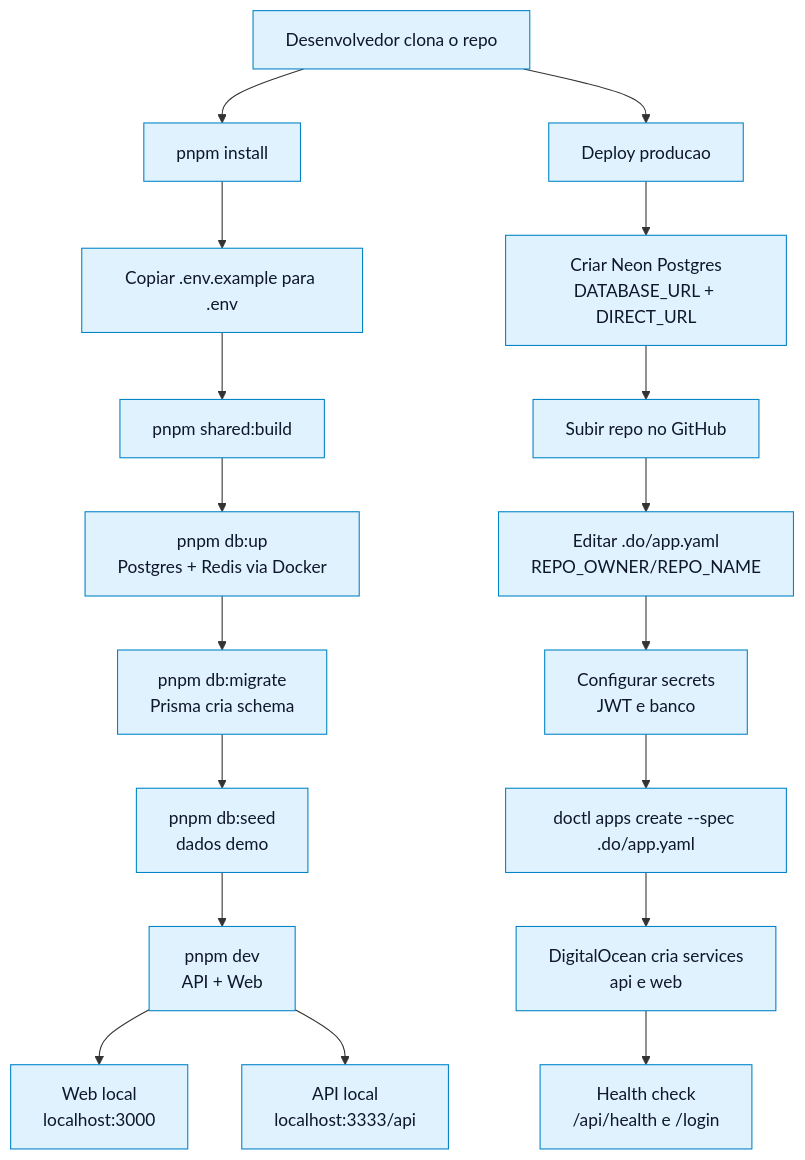
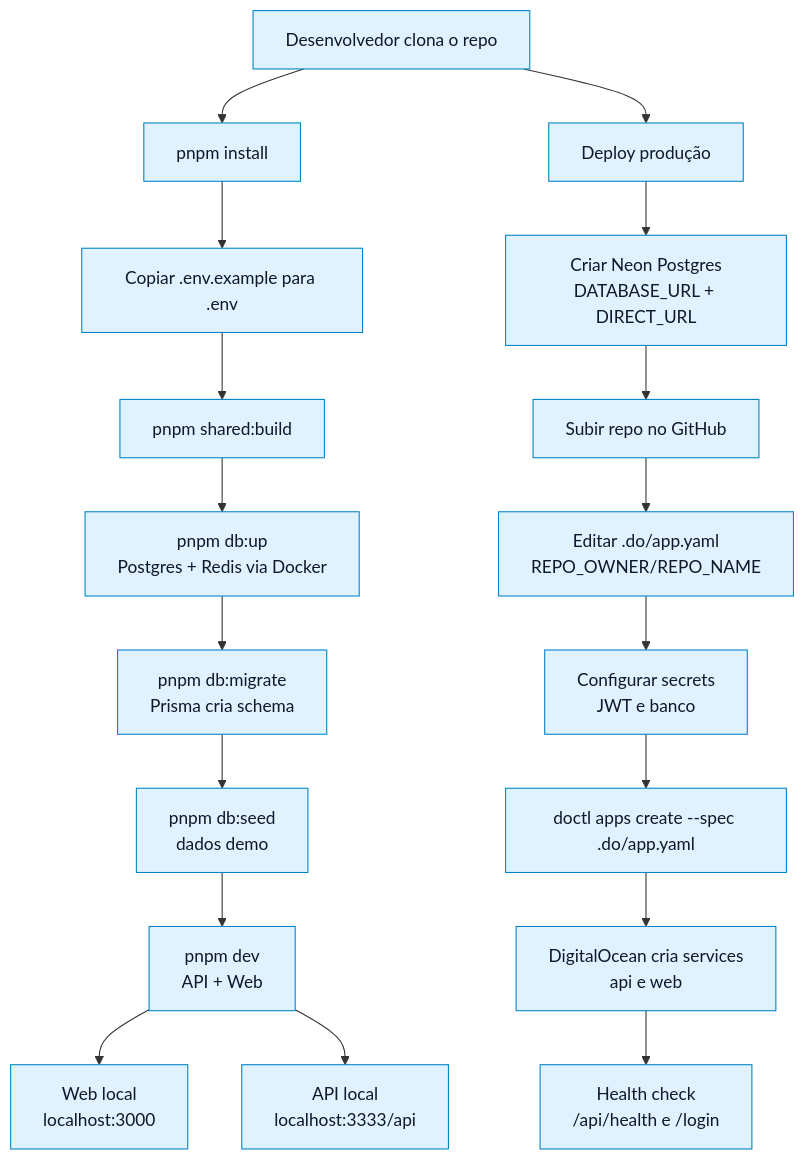
One commit to aldemirfidelis/gestao-360-indicadores changed diagram 12 of 12 in docs/fluxograma-completo.md. Above: the diagram before and after it, drawn with Mermaid. The commit also changed other lines of this file and 73 other files, not shown here.

````diff
--- a/docs/fluxograma-completo.md
+++ b/docs/fluxograma-completo.md
@@ -553,24 +553,24 @@
 ```mermaid
 flowchart TD
   A["Desenvolvedor clona o repo"] --> B["pnpm install"]
   B --> C["Copiar .env.example para .env"]
   C --> D["pnpm shared:build"]
   D --> E["pnpm db:up<br/>Postgres + Redis via Docker"]
   E --> F["pnpm db:migrate<br/>Prisma cria schema"]
   F --> G["pnpm db:seed<br/>dados demo"]
   G --> H["pnpm dev<br/>API + Web"]
   H --> I["Web local<br/>localhost:3000"]
   H --> J["API local<br/>localhost:3333/api"]
-  A --> K["Deploy producao"]
+  A --> K["Deploy produção"]
   K --> L["Criar Neon Postgres<br/>DATABASE_URL + DIRECT_URL"]
   L --> M["Subir repo no GitHub"]
   M --> N["Editar .do/app.yaml<br/>REPO_OWNER/REPO_NAME"]
   N --> O["Configurar secrets<br/>JWT e banco"]
   O --> P["doctl apps create --spec .do/app.yaml"]
   P --> Q["DigitalOcean cria services<br/>api e web"]
   Q --> R["Health check<br/>/api/health e /login"]
 
   classDef step fill:#e0f2fe,stroke:#0284c7,color:#0f172a
   classDef rule fill:#dcfce7,stroke:#16a34a,color:#0f172a
   class A,B,C,D,E,F,G,H,I,J,K,L,M,N,O,P,Q,R step
 ```
````
